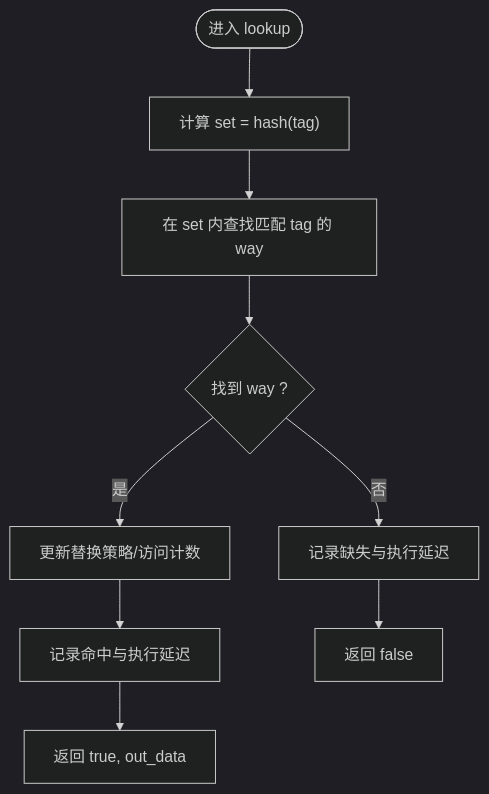
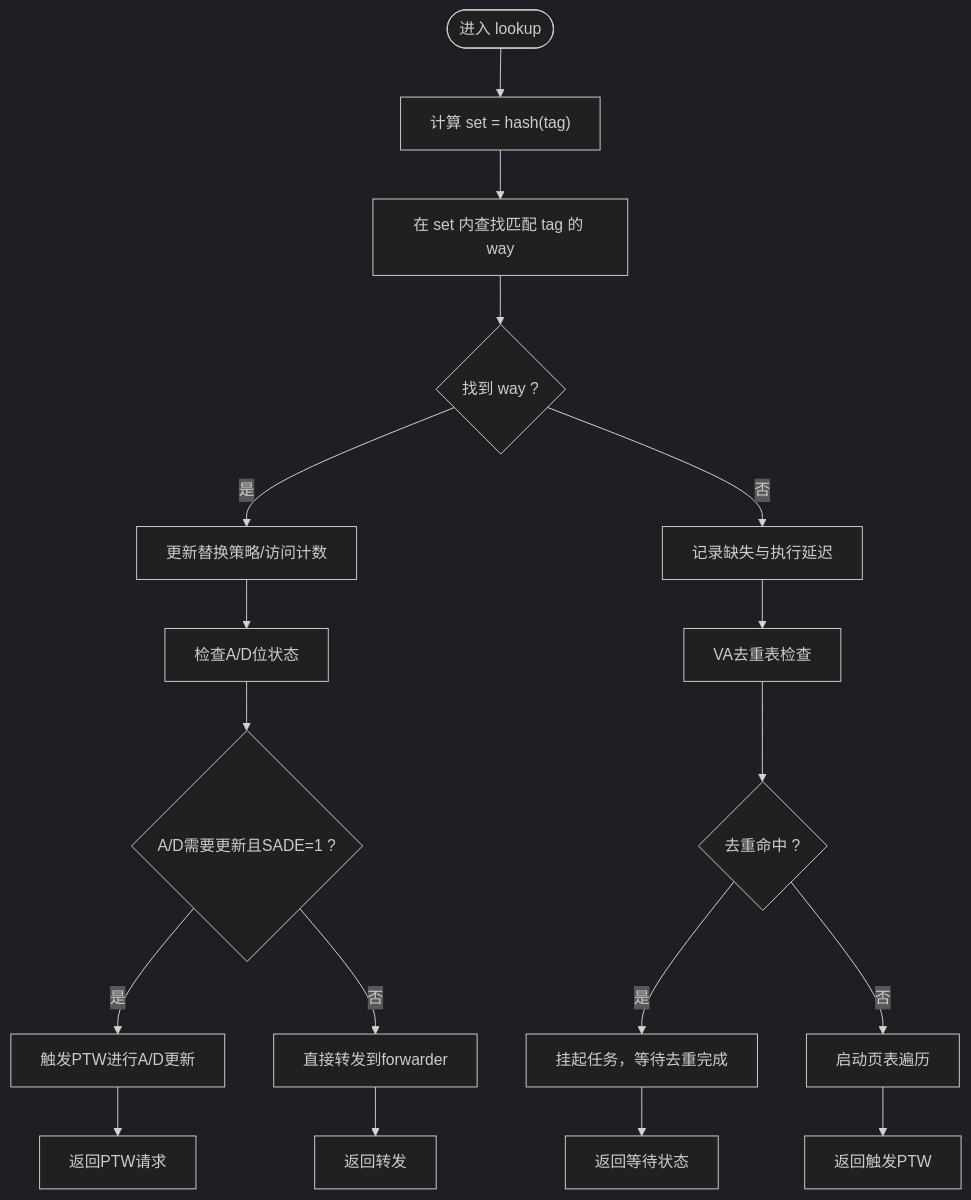
Before and after one commit to jiangjiang1122/iommu_model_20260401_v1: the fourth of 12 diagrams in .qoder/repowiki/zh/content/缓存系统架构/页表缓存(PT Cache).md, drawn with Mermaid (dark theme). The commit also changed other lines of this file and 48 other files, not shown here.

````diff
--- a/.qoder/repowiki/zh/content/缓存系统架构/页表缓存(PT Cache).md
+++ b/.qoder/repowiki/zh/content/缓存系统架构/页表缓存(PT Cache).md
@@ -226,11 +288,20 @@
 ```mermaid
 flowchart TD
 Start(["进入 lookup"]) --> Hash["计算 set = hash(tag)"]
 Hash --> FindWay["在 set 内查找匹配 tag 的 way"]
 FindWay --> Hit{"找到 way ?"}
 Hit --> |是| Update["更新替换策略/访问计数"]
-Update --> RecordHit["记录命中与执行延迟"]
-RecordHit --> ReturnTrue["返回 true, out_data"]
+Update --> CheckAD["检查A/D位状态"]
+CheckAD --> NeedUpdate{"A/D需要更新且SADE=1 ?"}
+NeedUpdate --> |是| TriggerPTW["触发PTW进行A/D更新"]
+TriggerPTW --> ReturnPTW["返回PTW请求"]
+NeedUpdate --> |否| DirectForward["直接转发到forwarder"]
+DirectForward --> ReturnForward["返回转发"]
 Hit --> |否| RecordMiss["记录缺失与执行延迟"]
-RecordMiss --> ReturnFalse["返回 false"]
+RecordMiss --> DedupCheck["VA去重表检查"]
+DedupCheck --> DedupHit{"去重命中 ?"}
+DedupHit --> |是| HangWait["挂起任务，等待去重完成"]
+HangWait --> ReturnWait["返回等待状态"]
+DedupHit --> |否| StartWalk["启动页表遍历"]
+StartWalk --> ReturnWalk["返回触发PTW"]
 ```
````
